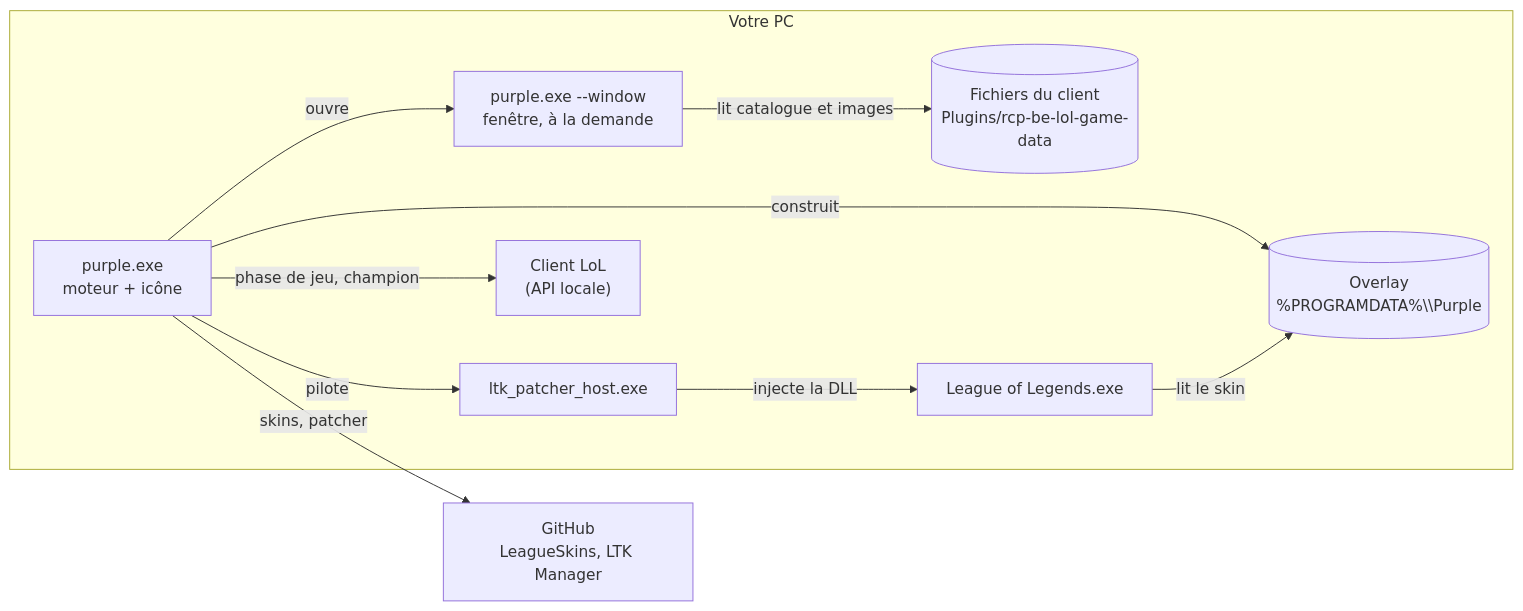
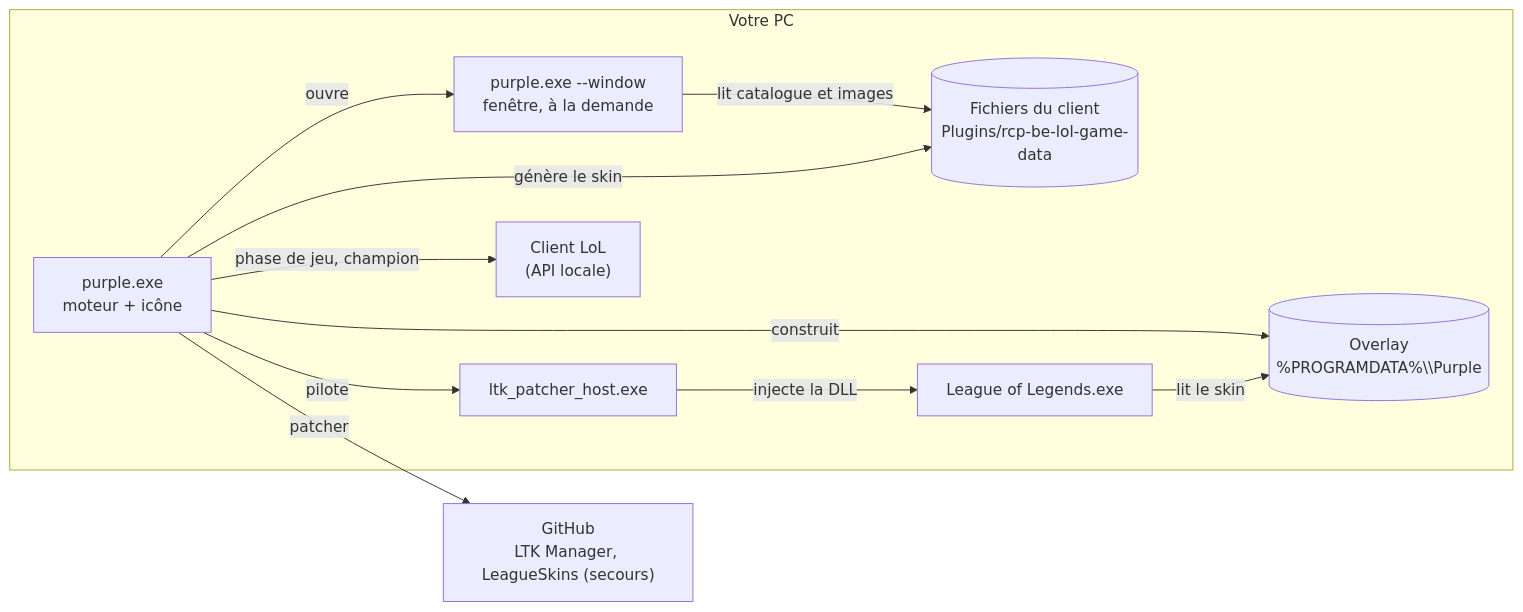
One commit to AlexLynx77/Purple changed the diagram in README.md. Above: the diagram before and after it, drawn with Mermaid. The commit also changed other lines of this file and 8 other files, not shown here.

````diff
--- a/README.md
+++ b/README.md
@@ -58,22 +62,23 @@
 ```mermaid
 flowchart LR
   subgraph PC["Votre PC"]
     D["purple.exe<br/>moteur + icône"]
     UI["purple.exe --window<br/>fenêtre, à la demande"]
     H["ltk_patcher_host.exe"]
     C["Client LoL<br/>(API locale)"]
     A[("Fichiers du client<br/>Plugins/rcp-be-lol-game-data")]
     G["League of Legends.exe"]
     O[("Overlay<br/>%PROGRAMDATA%\\Purple")]
   end
-  GH["GitHub<br/>LeagueSkins, LTK Manager"]
+  GH["GitHub<br/>LTK Manager, LeagueSkins (secours)"]
 
   D -- "ouvre" --> UI
   UI -- "lit catalogue et images" --> A
+  D -- "génère le skin" --> A
   D -- "phase de jeu, champion" --> C
-  D -- "skins, patcher" --> GH
+  D -- "patcher" --> GH
   D -- "construit" --> O
   D -- "pilote" --> H
   H -- "injecte la DLL" --> G
   G -- "lit le skin" --> O
 ```
````
